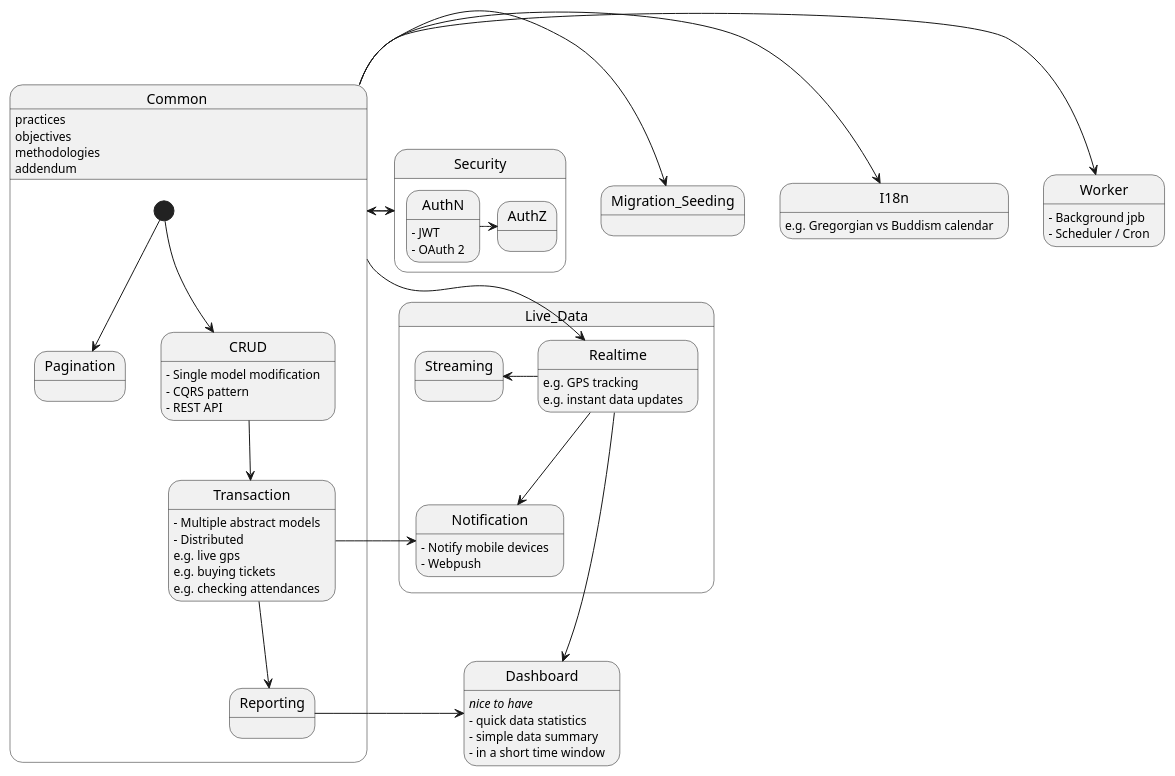
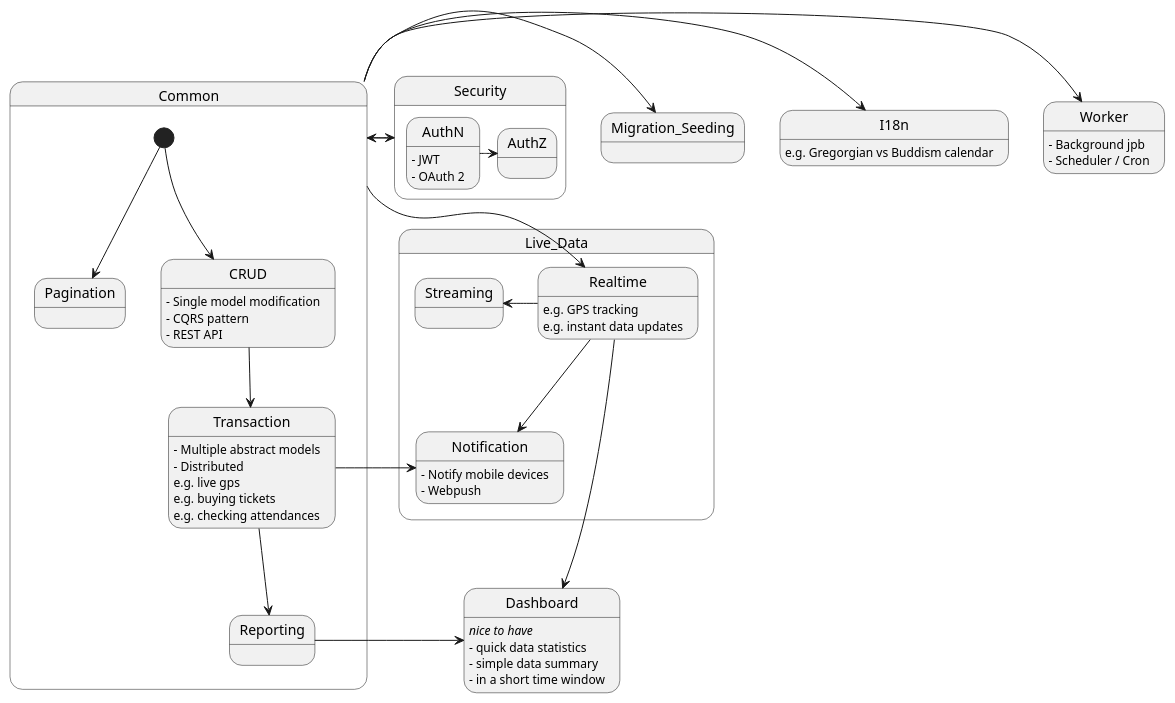
One commit to monkeydj/feon-feeder changed the diagram in common-umls/pathways.wsd. Above: the diagram before and after it, drawn with PlantUML.

Commit message:
add template for a problem

```diff
--- a/common-umls/pathways.wsd
+++ b/common-umls/pathways.wsd
@@ -1,70 +1,71 @@
 @startuml
 
 state Security {
     AuthN -> AuthZ
 }
 
 state Common {
     [*] -down-> Pagination
     [*] -down-> CRUD
     CRUD -down-> Transaction
     Transaction -down-> Reporting
 }
 
 state Live_Data {
     Realtime -down-> Notification
     Realtime -left-> Streaming
 }
 
 Security -left-> Common
 Common -> Security
 
 Common -> Migration_Seeding
 Common -> I18n
 Common -> Worker
 
 Transaction -> Notification
 
 Common -> Realtime
 
 Reporting -> Dashboard
 Realtime -> Dashboard
 
-' problem descriptions
-
-Common : practices
-Common : objectives
-Common : methodologies
-Common : addendum
+' structuring a problem 
+' Common : objective
+' Common : practices
+' Common : approaches
+' Common : questions
+' Common : understanding
+' Common : extra
 
 CRUD : - Single model modification
 CRUD : - CQRS pattern
 CRUD : - REST API
 
 Transaction : - Multiple abstract models
 Transaction : - Distributed
 Transaction : e.g. live gps
 Transaction : e.g. buying tickets
 Transaction : e.g. checking attendances
 
 Worker : - Background jpb
 Worker : - Scheduler / Cron
 
 AuthN : - JWT
 AuthN : - OAuth 2
 
 I18n : e.g. Gregorgian vs Buddism calendar
 
 Realtime : e.g. GPS tracking
 Realtime : e.g. instant data updates 
 
 Notification : - Notify mobile devices
 Notification : - Webpush
 ' Notification : - 
 
 Dashboard : <i>nice to have</i>
 Dashboard : - quick data statistics
 Dashboard : - simple data summary
 Dashboard : - in a short time window
 
 @enduml
```
